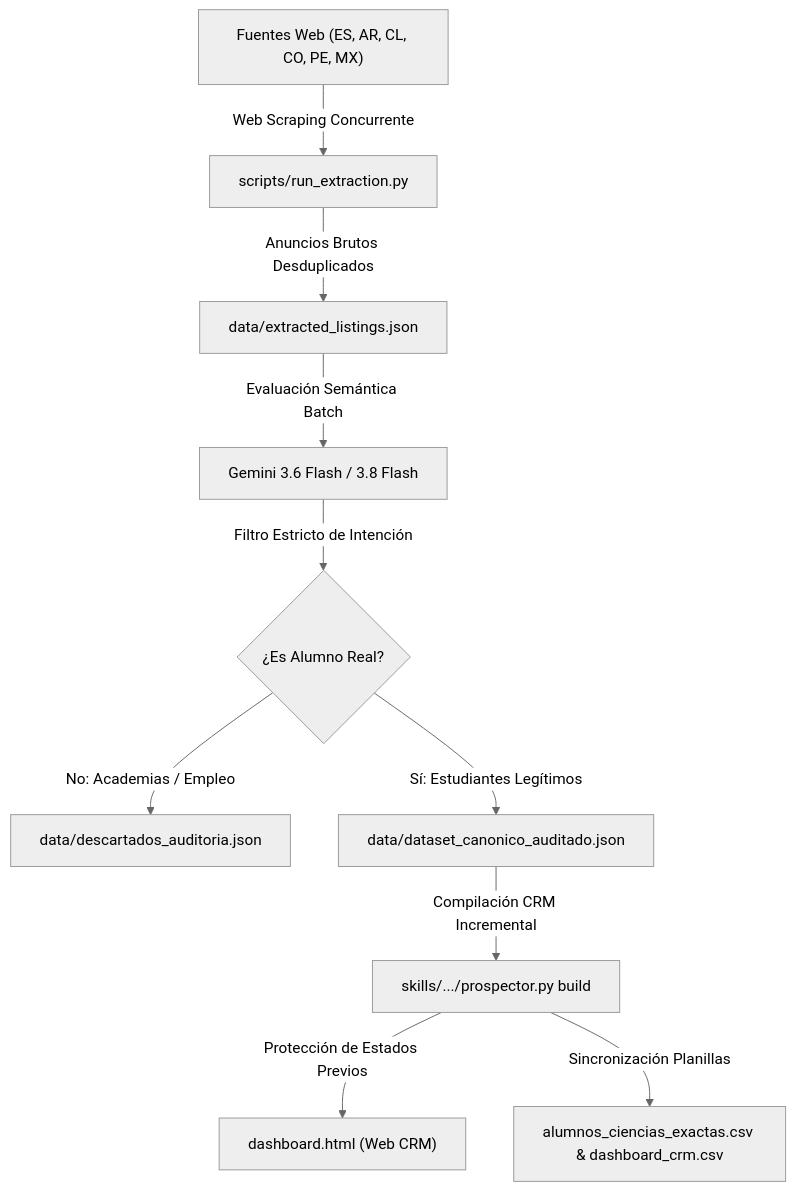
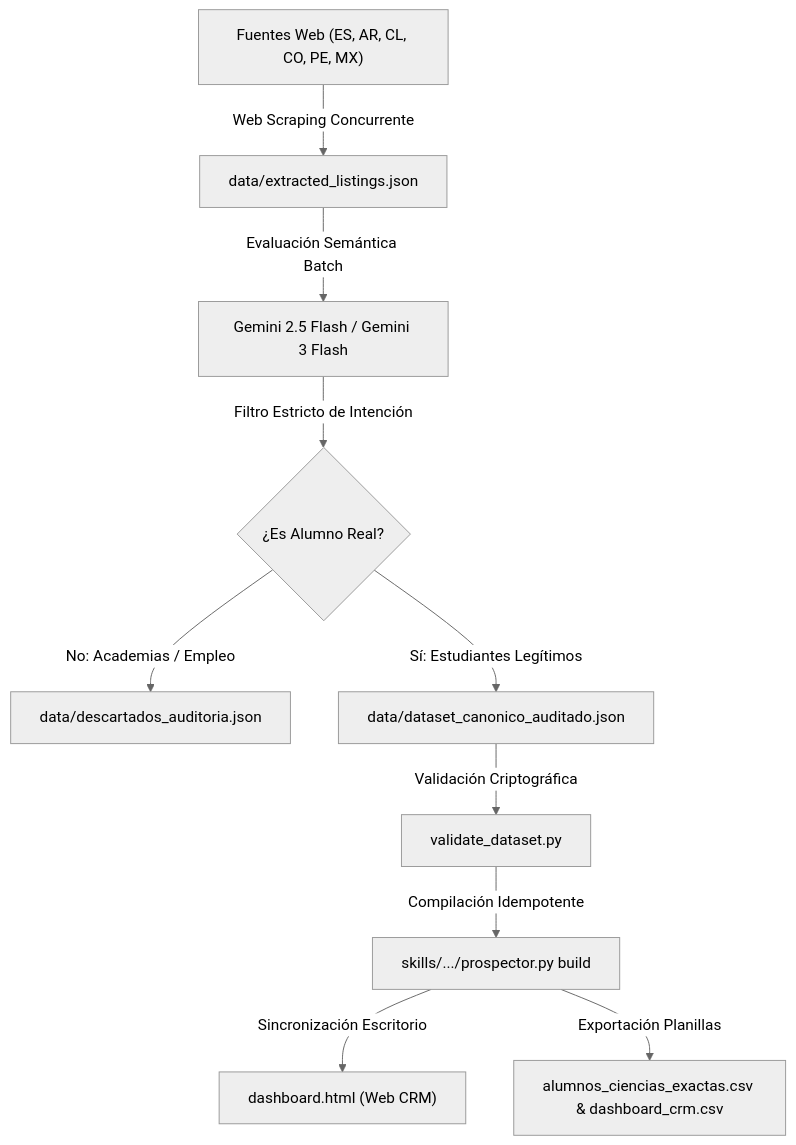
One commit to metecondrie/prospeccion-alumnos-ciencias changed the diagram in README.md. Above: the diagram before and after it, drawn with Mermaid (neutral theme). The commit also changed other lines of this file and 22 other files, not shown here.

Commit message:
fix: Auditoria V2/V3 completada - Reconstruccion determinista de datos, busqueda NFD, filtrado de nivel cerrado, CRM con notas y mitigacion total de riesgos

````diff
--- a/README.md
+++ b/README.md
@@ -39,12 +42,12 @@
 ```mermaid
 flowchart TD
-    A["Fuentes Web (ES, AR, CL, CO, PE, MX)"] -->|Web Scraping Concurrente| B["scripts/run_extraction.py"]
-    B -->|Anuncios Brutos Desduplicados| C["data/extracted_listings.json"]
-    C -->|Evaluación Semántica Batch| D["Gemini 3.6 Flash / 3.8 Flash"]
-    D -->|Filtro Estricto de Intención| E{"¿Es Alumno Real?"}
-    E -->|No: Academias / Empleo| F["data/descartados_auditoria.json"]
-    E -->|Sí: Estudiantes Legítimos| G["data/dataset_canonico_auditado.json"]
-    G -->|Compilación CRM Incremental| H["skills/.../prospector.py build"]
-    H -->|Protección de Estados Previos| I["dashboard.html (Web CRM)"]
-    H -->|Sincronización Planillas| J["alumnos_ciencias_exactas.csv & dashboard_crm.csv"]
+    A["Fuentes Web (ES, AR, CL, CO, PE, MX)"] -->|Web Scraping Concurrente| B["data/extracted_listings.json"]
+    B -->|Evaluación Semántica Batch| C["Gemini 2.5 Flash / Gemini 3 Flash"]
+    C -->|Filtro Estricto de Intención| D{"¿Es Alumno Real?"}
+    D -->|No: Academias / Empleo| E["data/descartados_auditoria.json"]
+    D -->|Sí: Estudiantes Legítimos| F["data/dataset_canonico_auditado.json"]
+    F -->|Validación Criptográfica| G["validate_dataset.py"]
+    G -->|Compilación Idempotente| H["skills/.../prospector.py build"]
+    H -->|Sincronización Escritorio| I["dashboard.html (Web CRM)"]
+    H -->|Exportación Planillas| J["alumnos_ciencias_exactas.csv & dashboard_crm.csv"]
 ```
````
